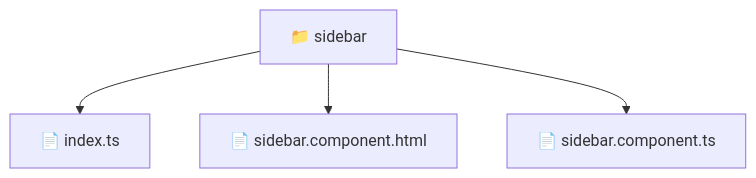
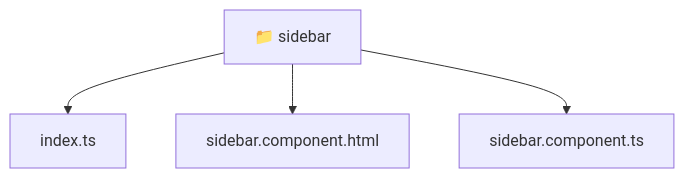
One commit to beginwebdev2002/fullstack-mavluda changed the diagram in frontend/src/widgets/sidebar/README.md. Above: the diagram before and after it, drawn with Mermaid. The commit also changed other lines of this file and 167 other files, not shown here.

````diff
--- a/frontend/src/widgets/sidebar/README.md
+++ b/frontend/src/widgets/sidebar/README.md
@@ -11,7 +11,10 @@
 ```mermaid
 graph TD
-  Root["📁 sidebar"]
-  Root --> index_ts["📄 index.ts"]
-  Root --> sidebar_component_html["📄 sidebar.component.html"]
-  Root --> sidebar_component_ts["📄 sidebar.component.ts"]
+  Root_sidebar["📁 sidebar"]
+  f_index_ts["index.ts"]
+  Root_sidebar --> f_index_ts
+  f_sidebar_component_html["sidebar.component.html"]
+  Root_sidebar --> f_sidebar_component_html
+  f_sidebar_component_ts["sidebar.component.ts"]
+  Root_sidebar --> f_sidebar_component_ts
 ```
````
